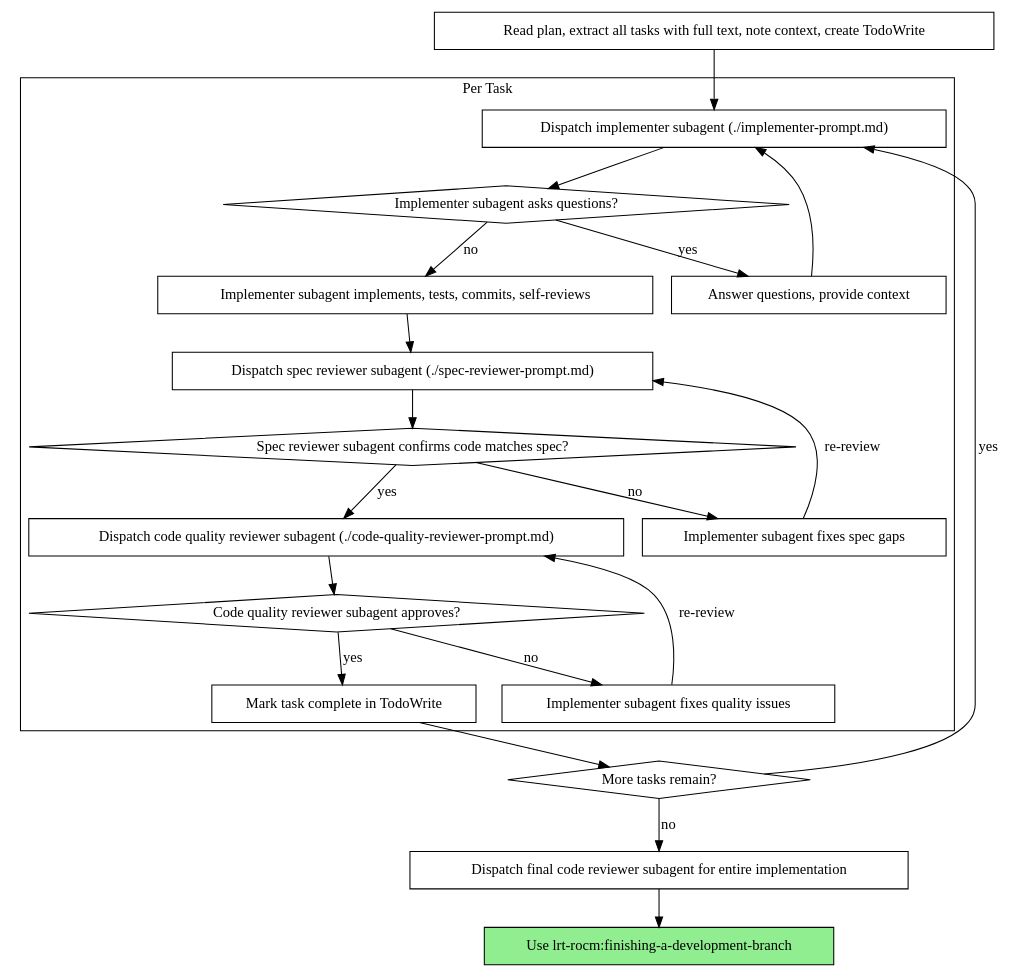
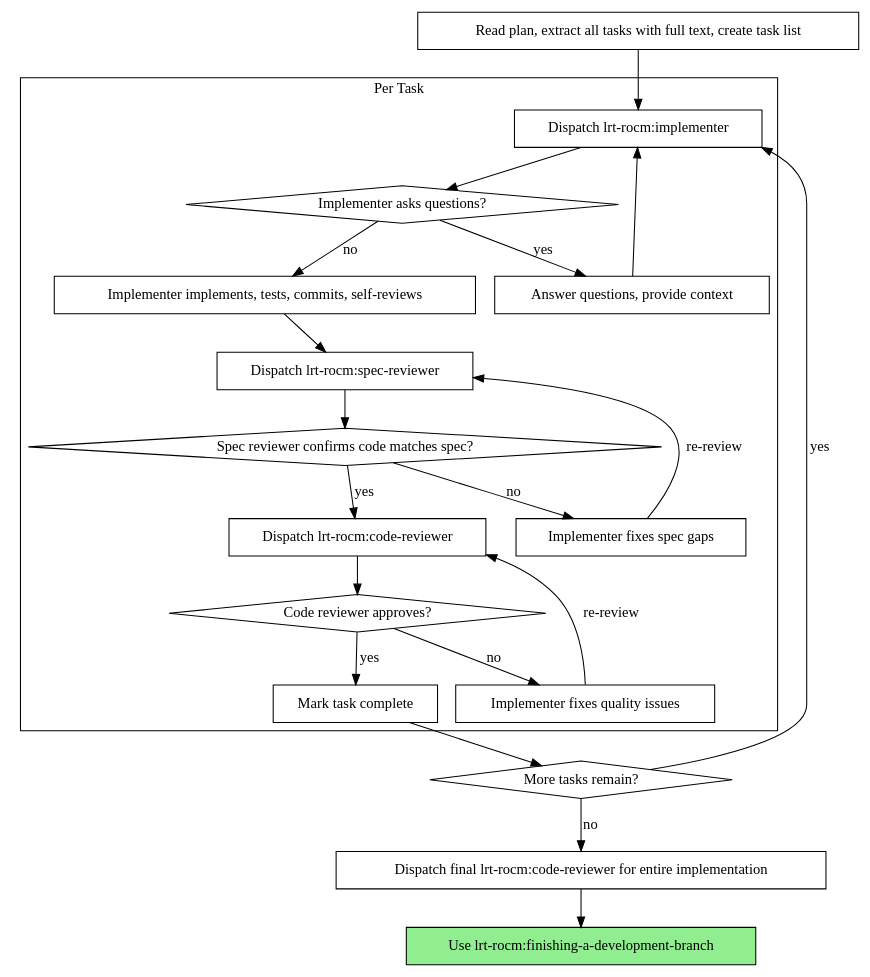
The diagram in skills/subagent-driven-development/SKILL.md (ethtrinh/lrt-rocm-workspace), drawn with Graphviz before and after one commit. The commit also changed other lines of this file and 11 other files, not shown here.

````diff
--- a/skills/subagent-driven-development/SKILL.md
+++ b/skills/subagent-driven-development/SKILL.md
@@ -42,44 +28,44 @@
 ```dot
 digraph process {
     rankdir=TB;
 
     subgraph cluster_per_task {
         label="Per Task";
-        "Dispatch implementer subagent (./implementer-prompt.md)" [shape=box];
-        "Implementer subagent asks questions?" [shape=diamond];
+        "Dispatch lrt-rocm:implementer" [shape=box];
+        "Implementer asks questions?" [shape=diamond];
         "Answer questions, provide context" [shape=box];
-        "Implementer subagent implements, tests, commits, self-reviews" [shape=box];
-        "Dispatch spec reviewer subagent (./spec-reviewer-prompt.md)" [shape=box];
-        "Spec reviewer subagent confirms code matches spec?" [shape=diamond];
-        "Implementer subagent fixes spec gaps" [shape=box];
-        "Dispatch code quality reviewer subagent (./code-quality-reviewer-prompt.md)" [shape=box];
-        "Code quality reviewer subagent approves?" [shape=diamond];
-        "Implementer subagent fixes quality issues" [shape=box];
-        "Mark task complete in TodoWrite" [shape=box];
+        "Implementer implements, tests, commits, self-reviews" [shape=box];
+        "Dispatch lrt-rocm:spec-reviewer" [shape=box];
+        "Spec reviewer confirms code matches spec?" [shape=diamond];
+        "Implementer fixes spec gaps" [shape=box];
+        "Dispatch lrt-rocm:code-reviewer" [shape=box];
+        "Code reviewer approves?" [shape=diamond];
+        "Implementer fixes quality issues" [shape=box];
+        "Mark task complete" [shape=box];
     }
 
-    "Read plan, extract all tasks with full text, note context, create TodoWrite" [shape=box];
+    "Read plan, extract all tasks with full text, create task list" [shape=box];
     "More tasks remain?" [shape=diamond];
-    "Dispatch final code reviewer subagent for entire implementation" [shape=box];
+    "Dispatch final lrt-rocm:code-reviewer for entire implementation" [shape=box];
     "Use lrt-rocm:finishing-a-development-branch" [shape=box style=filled fillcolor=lightgreen];
 
-    "Read plan, extract all tasks with full text, note context, create TodoWrite" -> "Dispatch implementer subagent (./implementer-prompt.md)";
-    "Dispatch implementer subagent (./implementer-prompt.md)" -> "Implementer subagent asks questions?";
-    "Implementer subagent asks questions?" -> "Answer questions, provide context" [label="yes"];
-    "Answer questions, provide context" -> "Dispatch implementer subagent (./implementer-prompt.md)";
-    "Implementer subagent asks questions?" -> "Implementer subagent implements, tests, commits, self-reviews" [label="no"];
-    "Implementer subagent implements, tests, commits, self-reviews" -> "Dispatch spec reviewer subagent (./spec-reviewer-prompt.md)";
-    "Dispatch spec reviewer subagent (./spec-reviewer-prompt.md)" -> "Spec reviewer subagent confirms code matches spec?";
-    "Spec reviewer subagent confirms code matches spec?" -> "Implementer subagent fixes spec gaps" [label="no"];
-    "Implementer subagent fixes spec gaps" -> "Dispatch spec reviewer subagent (./spec-reviewer-prompt.md)" [label="re-review"];
-    "Spec reviewer subagent confirms code matches spec?" -> "Dispatch code quality reviewer subagent (./code-quality-reviewer-prompt.md)" [label="yes"];
-    "Dispatch code quality reviewer subagent (./code-quality-reviewer-prompt.md)" -> "Code quality reviewer subagent approves?";
-    "Code quality reviewer subagent approves?" -> "Implementer subagent fixes quality issues" [label="no"];
-    "Implementer subagent fixes quality issues" -> "Dispatch code quality reviewer subagent (./code-quality-reviewer-prompt.md)" [label="re-review"];
-    "Code quality reviewer subagent approves?" -> "Mark task complete in TodoWrite" [label="yes"];
-    "Mark task complete in TodoWrite" -> "More tasks remain?";
-    "More tasks remain?" -> "Dispatch implementer subagent (./implementer-prompt.md)" [label="yes"];
-    "More tasks remain?" -> "Dispatch final code reviewer subagent for entire implementation" [label="no"];
-    "Dispatch final code reviewer subagent for entire implementation" -> "Use lrt-rocm:finishing-a-development-branch";
+    "Read plan, extract all tasks with full text, create task list" -> "Dispatch lrt-rocm:implementer";
+    "Dispatch lrt-rocm:implementer" -> "Implementer asks questions?";
+    "Implementer asks questions?" -> "Answer questions, provide context" [label="yes"];
+    "Answer questions, provide context" -> "Dispatch lrt-rocm:implementer";
+    "Implementer asks questions?" -> "Implementer implements, tests, commits, self-reviews" [label="no"];
+    "Implementer implements, tests, commits, self-reviews" -> "Dispatch lrt-rocm:spec-reviewer";
+    "Dispatch lrt-rocm:spec-reviewer" -> "Spec reviewer confirms code matches spec?";
+    "Spec reviewer confirms code matches spec?" -> "Implementer fixes spec gaps" [label="no"];
+    "Implementer fixes spec gaps" -> "Dispatch lrt-rocm:spec-reviewer" [label="re-review"];
+    "Spec reviewer confirms code matches spec?" -> "Dispatch lrt-rocm:code-reviewer" [label="yes"];
+    "Dispatch lrt-rocm:code-reviewer" -> "Code reviewer approves?";
+    "Code reviewer approves?" -> "Implementer fixes quality issues" [label="no"];
+    "Implementer fixes quality issues" -> "Dispatch lrt-rocm:code-reviewer" [label="re-review"];
+    "Code reviewer approves?" -> "Mark task complete" [label="yes"];
+    "Mark task complete" -> "More tasks remain?";
+    "More tasks remain?" -> "Dispatch lrt-rocm:implementer" [label="yes"];
+    "More tasks remain?" -> "Dispatch final lrt-rocm:code-reviewer for entire implementation" [label="no"];
+    "Dispatch final lrt-rocm:code-reviewer for entire implementation" -> "Use lrt-rocm:finishing-a-development-branch";
 }
 ```
````
